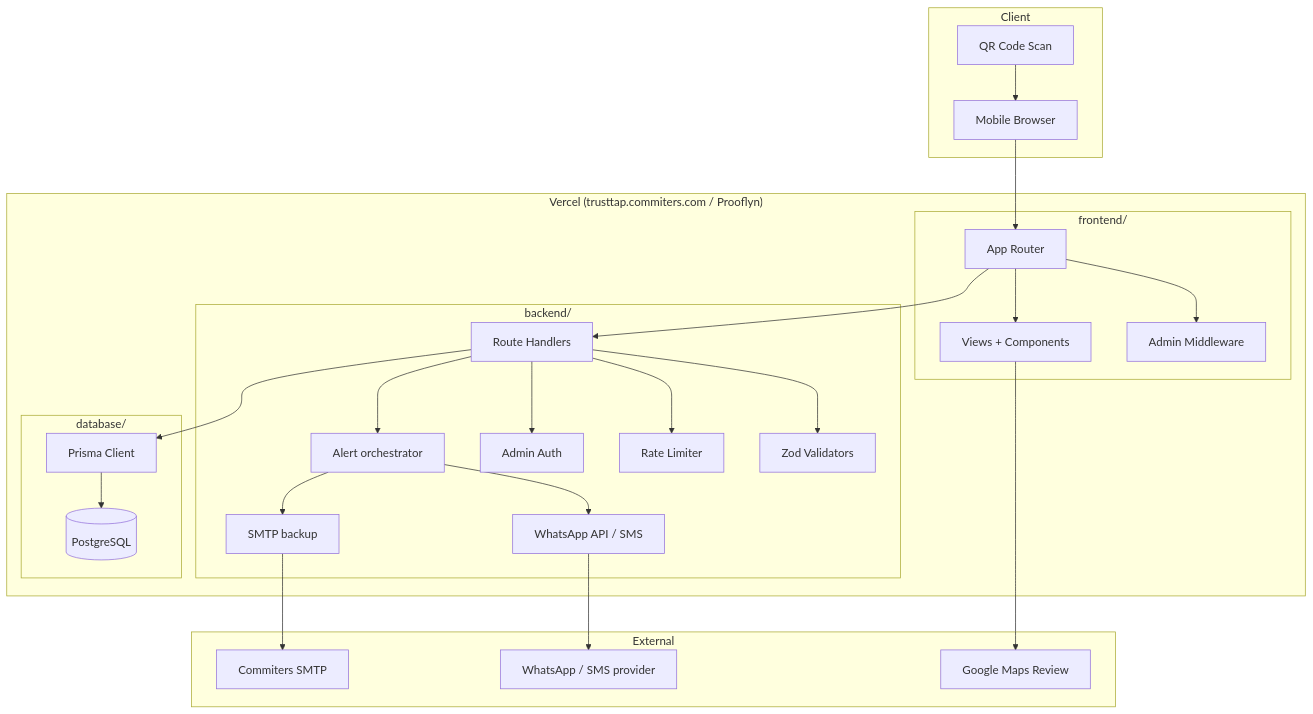
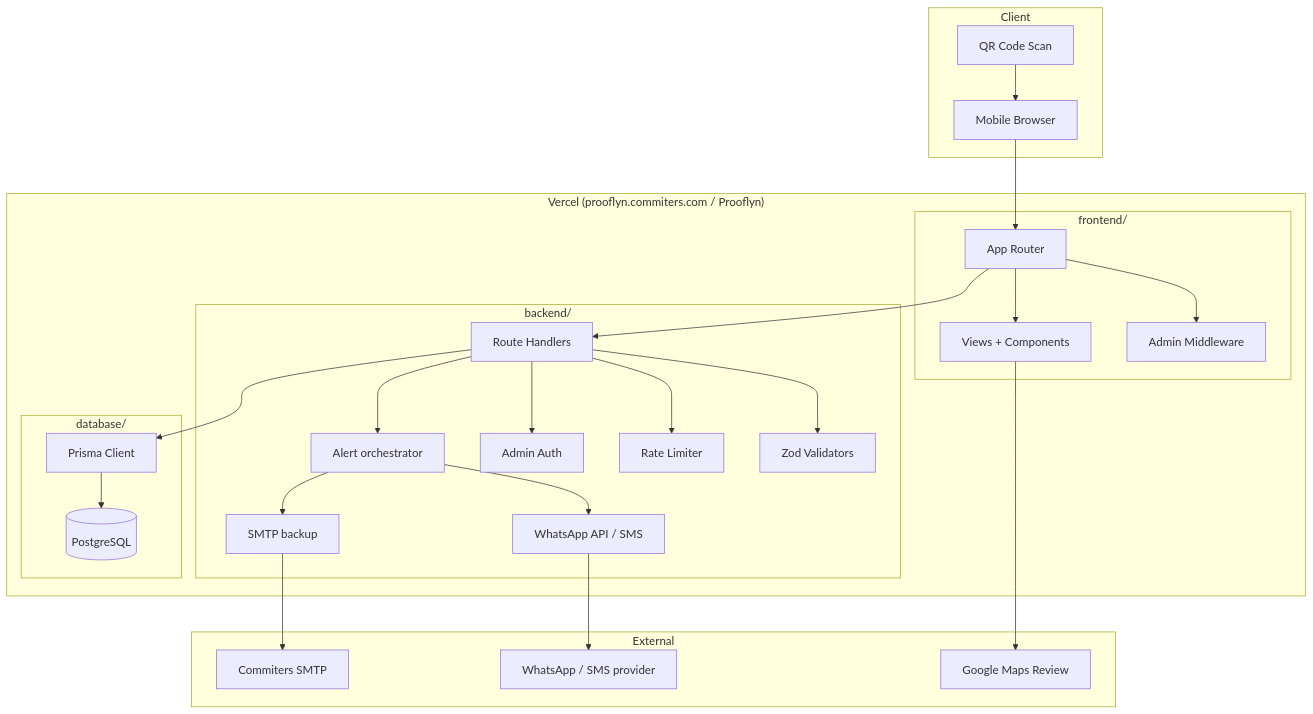
The first of 6 diagrams in docs/PHASE_1_ARCHITECTURE.md (niteshrav/GoogleReviewQR), drawn with Mermaid before and after one commit. The commit also changed other lines of this file and 11 other files, not shown here.

Commit message:
Point production URL and QR fixtures at prooflyn.commiters.com.

````diff
--- a/docs/PHASE_1_ARCHITECTURE.md
+++ b/docs/PHASE_1_ARCHITECTURE.md
@@ -27,53 +27,53 @@
 ```mermaid
 flowchart TB
     subgraph Client
         QR[QR Code Scan]
         Browser[Mobile Browser]
     end
 
-    subgraph Vercel["Vercel (trusttap.commiters.com / Prooflyn)"]
+    subgraph Vercel["Vercel (prooflyn.commiters.com / Prooflyn)"]
         subgraph Frontend["frontend/"]
             AppRouter[App Router]
             Middleware[Admin Middleware]
             Views[Views + Components]
         end
 
         subgraph Backend["backend/"]
             Routes[Route Handlers]
             Validators[Zod Validators]
             RateLimit[Rate Limiter]
             Auth[Admin Auth]
             Alerts[Alert orchestrator]
             Email[SMTP backup]
             Phone[WhatsApp API / SMS]
         end
 
         subgraph Database["database/"]
             Prisma[Prisma Client]
             Schema[(PostgreSQL)]
         end
     end
 
     subgraph External
         Google[Google Maps Review]
         SMTP[Commiters SMTP]
         WA[WhatsApp / SMS provider]
     end
 
     QR --> Browser
     Browser --> AppRouter
     AppRouter --> Middleware
     AppRouter --> Views
     AppRouter --> Routes
     Routes --> Validators
     Routes --> RateLimit
     Routes --> Auth
     Routes --> Alerts
     Alerts --> Phone
     Alerts --> Email
     Routes --> Prisma
     Prisma --> Schema
     Views --> Google
     Email --> SMTP
     Phone --> WA
 ```
````
